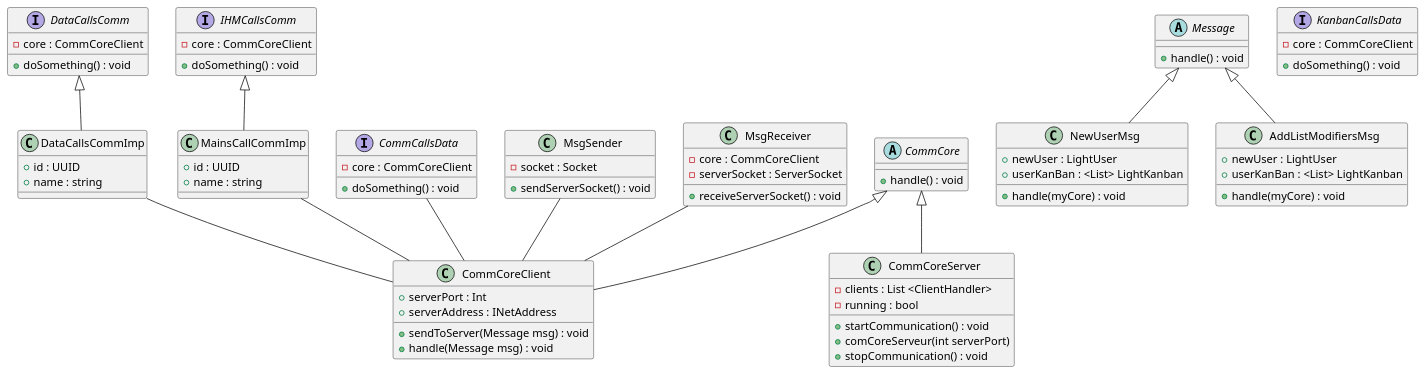
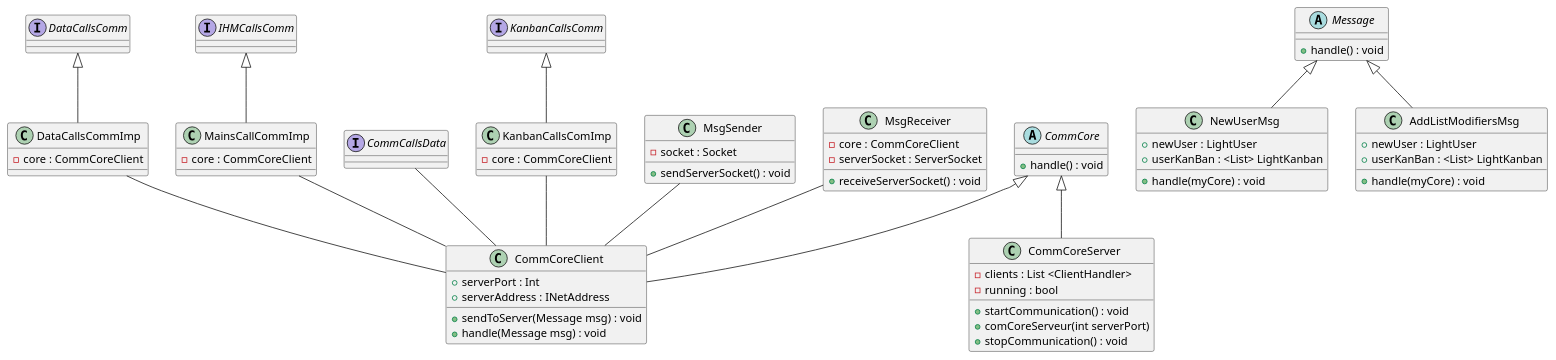
Before and after one commit to moha-tah/kanban-project: the diagram in diagrams/classes/Comm.puml, drawn with PlantUML. The commit also changed 2 other files, not shown here.

Commit message:
Avancement Comm Diagramme Class

```diff
--- a/diagrams/classes/Comm.puml
+++ b/diagrams/classes/Comm.puml
@@ -1,96 +1,100 @@
 @startuml Comm
 
 ' --- Définition des classes ---
 class CommCoreClient {
     +sendToServer(Message msg) : void
     +serverPort : Int
     +serverAddress : INetAddress
     +handle(Message msg) : void
     
 }
 
 class CommCoreServer {
     -clients : List <ClientHandler>
     -running : bool
     +startCommunication() : void
     +comCoreServeur(int serverPort)
     +stopCommunication() : void
 }
 
 abstract class Message {
     +handle() : void
 }
 
 abstract class CommCore {
     +handle() : void
 }
 
 class NewUserMsg {
     +newUser : LightUser
     +userKanBan : <List> LightKanban
     +handle(myCore) : void
 }
 
 class AddListModifiersMsg {
     +newUser : LightUser
     +userKanBan : <List> LightKanban
     +handle(myCore) : void
 }
 
 class DataCallsCommImp {
-    +id : UUID
-    +name : string
+    -core : CommCoreClient
 }
 
 class MainsCallCommImp {
-    +id : UUID
-    +name : string
+    -core : CommCoreClient
 }
 
 interface DataCallsComm {
-    -core : CommCoreClient
-    +doSomething() : void
+
 }
 
 interface IHMCallsComm {
-    -core : CommCoreClient
-    +doSomething() : void
+
 }
 
 interface CommCallsData {
-    -core : CommCoreClient
-    +doSomething() : void
+
 }
 
-interface KanbanCallsData {
+interface KanbanCallsComm {
+
+
+}
+
+class KanbanCallsComImp {
     -core : CommCoreClient
-    +doSomething() : void
+
 }
 
 class MsgSender {
     -socket : Socket
     +sendServerSocket() : void
 }
 
 class MsgReceiver {
     -core : CommCoreClient
     -serverSocket : ServerSocket
     +receiveServerSocket() : void
 }
 
 ' --- Relations possibles ---
 MainsCallCommImp -- CommCoreClient
 DataCallsCommImp -- CommCoreClient
 CommCallsData -- CommCoreClient
 MsgReceiver -- CommCoreClient
 MsgSender -- CommCoreClient
+KanbanCallsComImp -- CommCoreClient
 
+
+
+KanbanCallsComm <|-- KanbanCallsComImp
 DataCallsComm <|-- DataCallsCommImp
 IHMCallsComm <|-- MainsCallCommImp
 CommCore <|-- CommCoreClient
 CommCore <|-- CommCoreServer
 Message <|-- AddListModifiersMsg
 Message <|-- NewUserMsg
 
 
 @enduml
```
